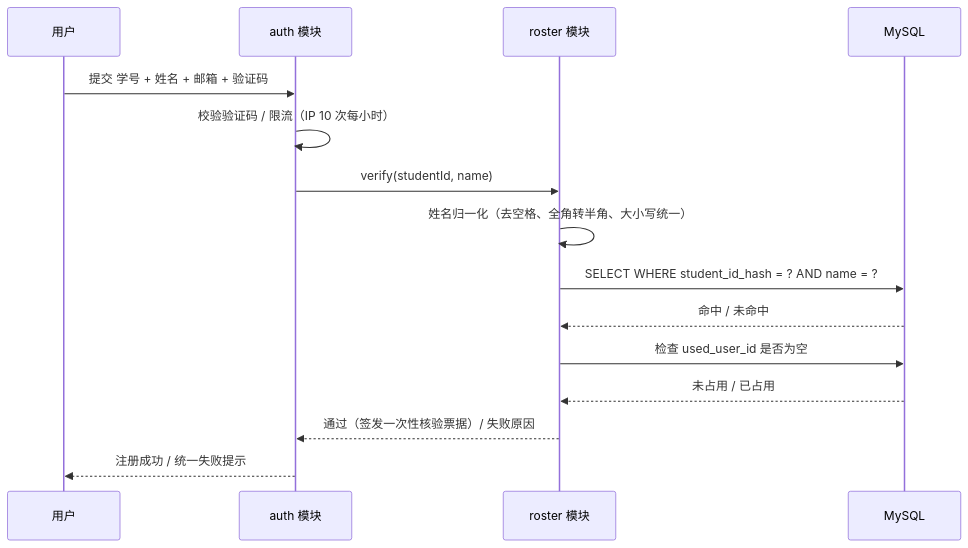
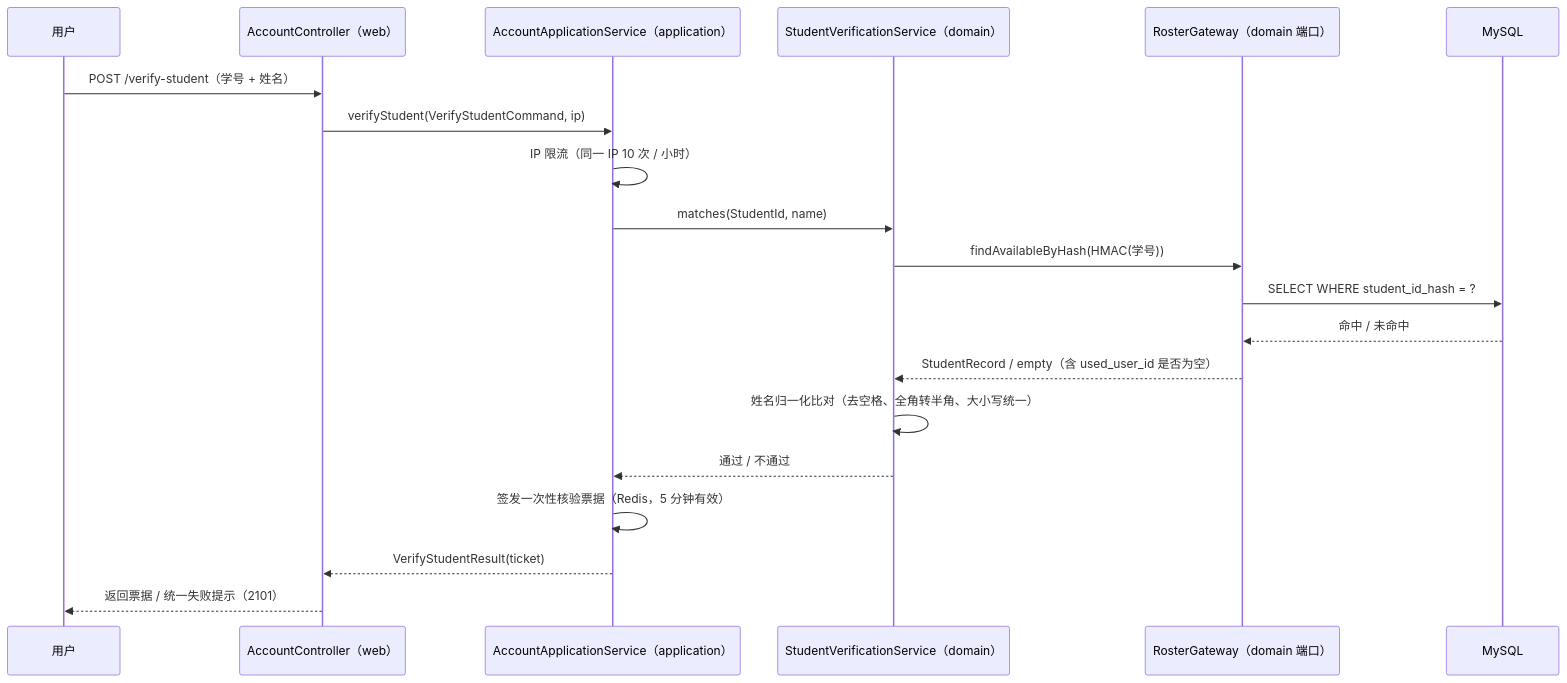
The second of 2 diagrams in docs/design/tech-design.md (ChangjunZheng/Campus-Link), drawn with Mermaid before and after one commit. The commit also changed other lines of this file and 8 other files, not shown here.

````diff
--- a/docs/design/tech-design.md
+++ b/docs/design/tech-design.md
@@ -162,17 +193,22 @@
 ```mermaid
 sequenceDiagram
     participant U as 用户
-    participant A as auth 模块
-    participant R as roster 模块
+    participant W as AccountController（web）
+    participant S as AccountApplicationService（application）
+    participant V as StudentVerificationService（domain）
+    participant G as RosterGateway（domain 端口）
     participant DB as MySQL
-    U->>A: 提交 学号 + 姓名 + 邮箱 + 验证码
-    A->>A: 校验验证码 / 限流（IP 10 次每小时）
-    A->>R: verify(studentId, name)
-    R->>R: 姓名归一化（去空格、全角转半角、大小写统一）
-    R->>DB: SELECT WHERE student_id_hash = ? AND name = ?
-    DB-->>R: 命中 / 未命中
-    R->>DB: 检查 used_user_id 是否为空
-    DB-->>R: 未占用 / 已占用
-    R-->>A: 通过（签发一次性核验票据）/ 失败原因
-    A-->>U: 注册成功 / 统一失败提示
+    U->>W: POST /verify-student（学号 + 姓名）
+    W->>S: verifyStudent(VerifyStudentCommand, ip)
+    S->>S: IP 限流（同一 IP 10 次 / 小时）
+    S->>V: matches(StudentId, name)
+    V->>G: findAvailableByHash(HMAC(学号))
+    G->>DB: SELECT WHERE student_id_hash = ?
+    DB-->>G: 命中 / 未命中
+    G-->>V: StudentRecord / empty（含 used_user_id 是否为空）
+    V->>V: 姓名归一化比对（去空格、全角转半角、大小写统一）
+    V-->>S: 通过 / 不通过
+    S->>S: 签发一次性核验票据（Redis，5 分钟有效）
+    S-->>W: VerifyStudentResult(ticket)
+    W-->>U: 返回票据 / 统一失败提示（2101）
 ```
````
